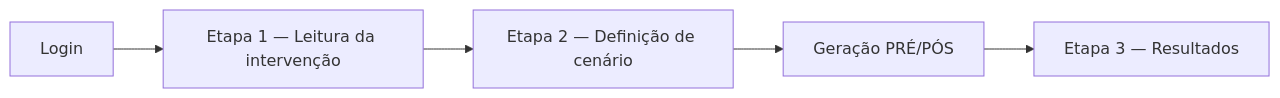
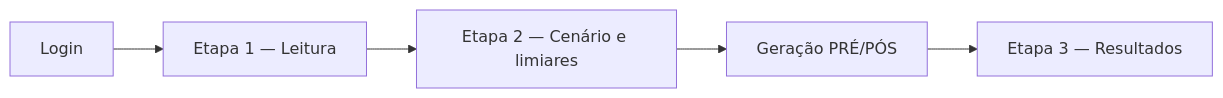
One commit to DalmarisLima/avaliacao-intervencoes changed the diagram in README.md. Above: the diagram before and after it, drawn with Mermaid. The commit also changed other lines of this file, not shown here.

````diff
--- a/README.md
+++ b/README.md
@@ -78,7 +75,7 @@
 ```mermaid
 flowchart LR
-    A[Login] --> B[Etapa 1 — Leitura da intervenção]
-    B --> C[Etapa 2 — Definição de cenário]
+    A[Login] --> B[Etapa 1 — Leitura]
+    B --> C[Etapa 2 — Cenário e limiares]
     C --> D[Geração PRÉ/PÓS]
     D --> E[Etapa 3 — Resultados]
 ```
````
